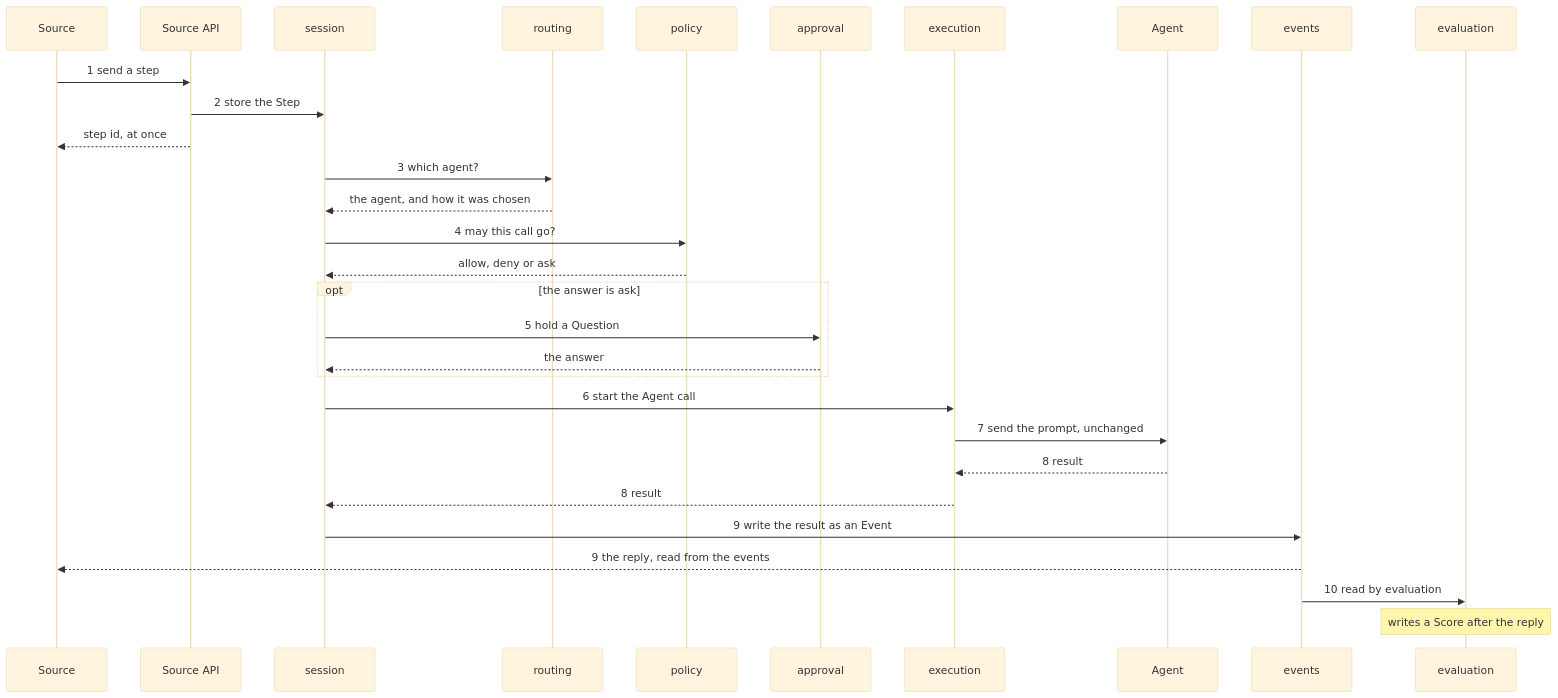
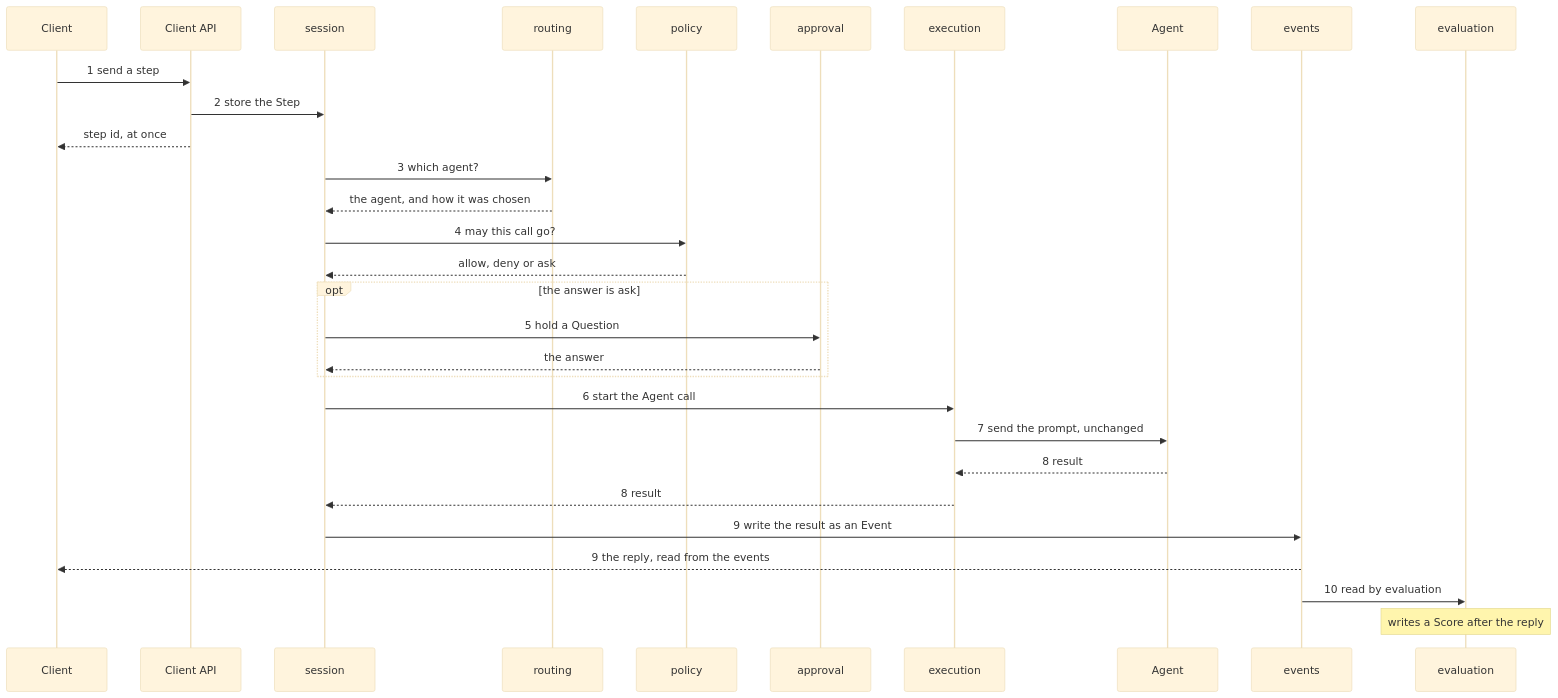
Before and after one commit to hybroai/hybro: the second of 3 diagrams in docs/design.md, drawn with Mermaid (base theme). The commit also changed other lines of this file and 91 other files, not shown here.

First line of the commit message:
refactor!: rename the concept Source to Client in the contract and documents

````diff
--- a/docs/design.md
+++ b/docs/design.md
@@ -318,33 +323,33 @@
 ```mermaid
 sequenceDiagram
-    participant S as Source
-    participant API as Source API
+    participant S as Client
+    participant API as Client API
     participant SE as session
     participant R as routing
     participant P as policy
     participant A as approval
     participant X as execution
     participant AG as Agent
     participant EV as events
     participant E as evaluation
 
     S->>API: 1 send a step
     API->>SE: 2 store the Step
     API-->>S: step id, at once
     SE->>R: 3 which agent?
     R-->>SE: the agent, and how it was chosen
     SE->>P: 4 may this call go?
     P-->>SE: allow, deny or ask
     opt the answer is ask
         SE->>A: 5 hold a Question
         A-->>SE: the answer
     end
     SE->>X: 6 start the Agent call
     X->>AG: 7 send the prompt, unchanged
     AG-->>X: 8 result
     X-->>SE: 8 result
     SE->>EV: 9 write the result as an Event
     EV-->>S: 9 the reply, read from the events
     EV->>E: 10 read by evaluation
     Note over E: writes a Score after the reply
 ```
````
